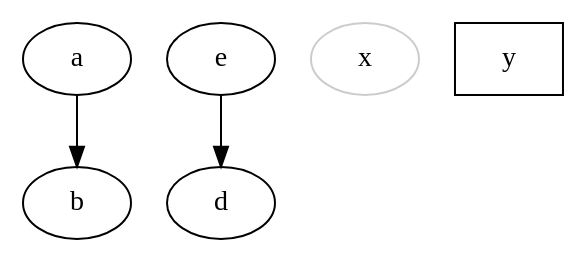
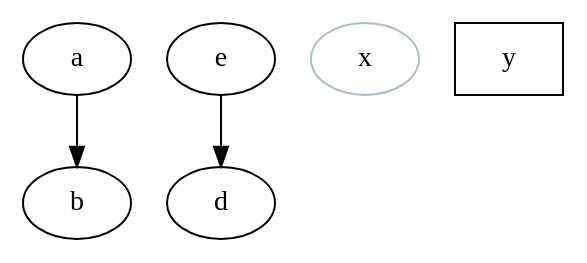
Before and after one commit to Qiu-Weidong/vscode-graphviz-extension: the diagram in examples/graph.dot, drawn with Graphviz. The commit also changed 8 other files, not shown here.

```diff
--- a/examples/graph.dot
+++ b/examples/graph.dot
@@ -1,8 +1,8 @@
 digraph {
   a -> b;
   e -> d;
 
-  x [color="#cccccc"];
+  x [color="#17576960"];
   y [shape=box];
-  
+  fillcolor = "#133b62ff:#982b2b49:#e0a5a500:#620f53ff:#ce2929ff:#86ce9eff";
 }
```
